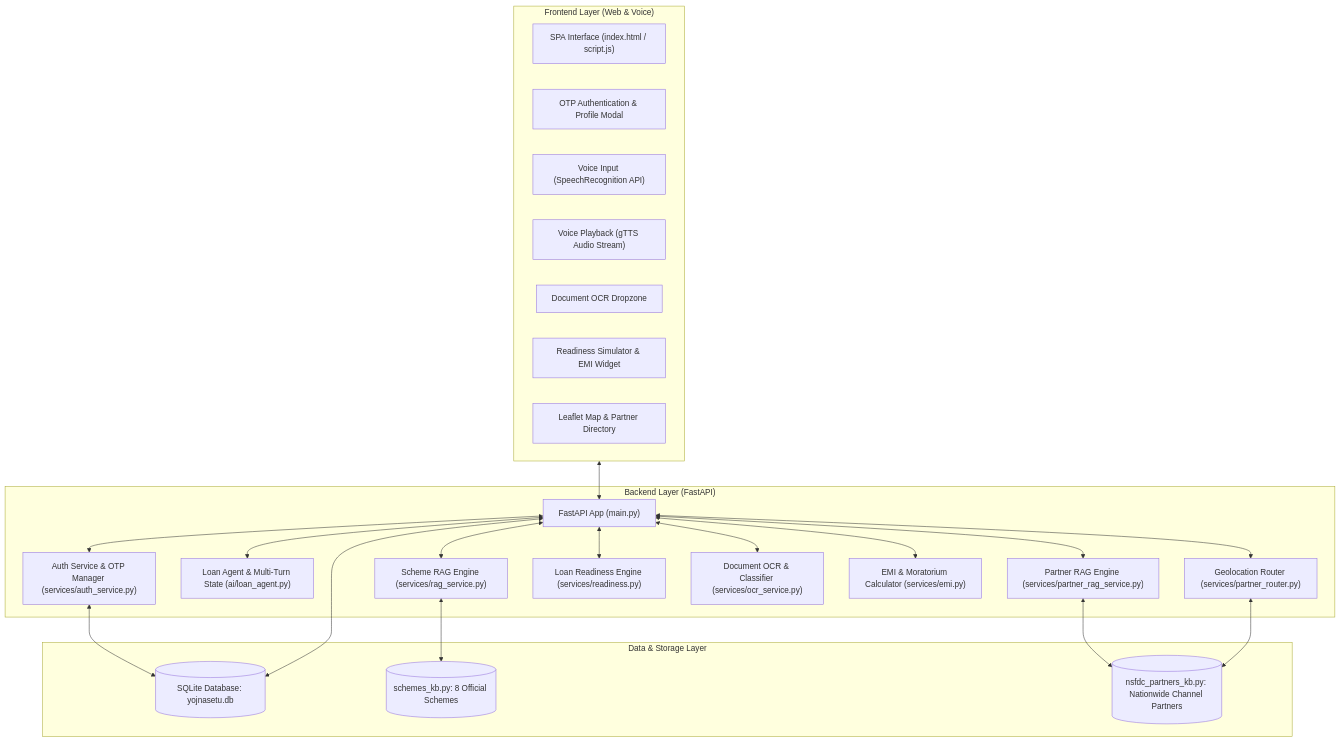
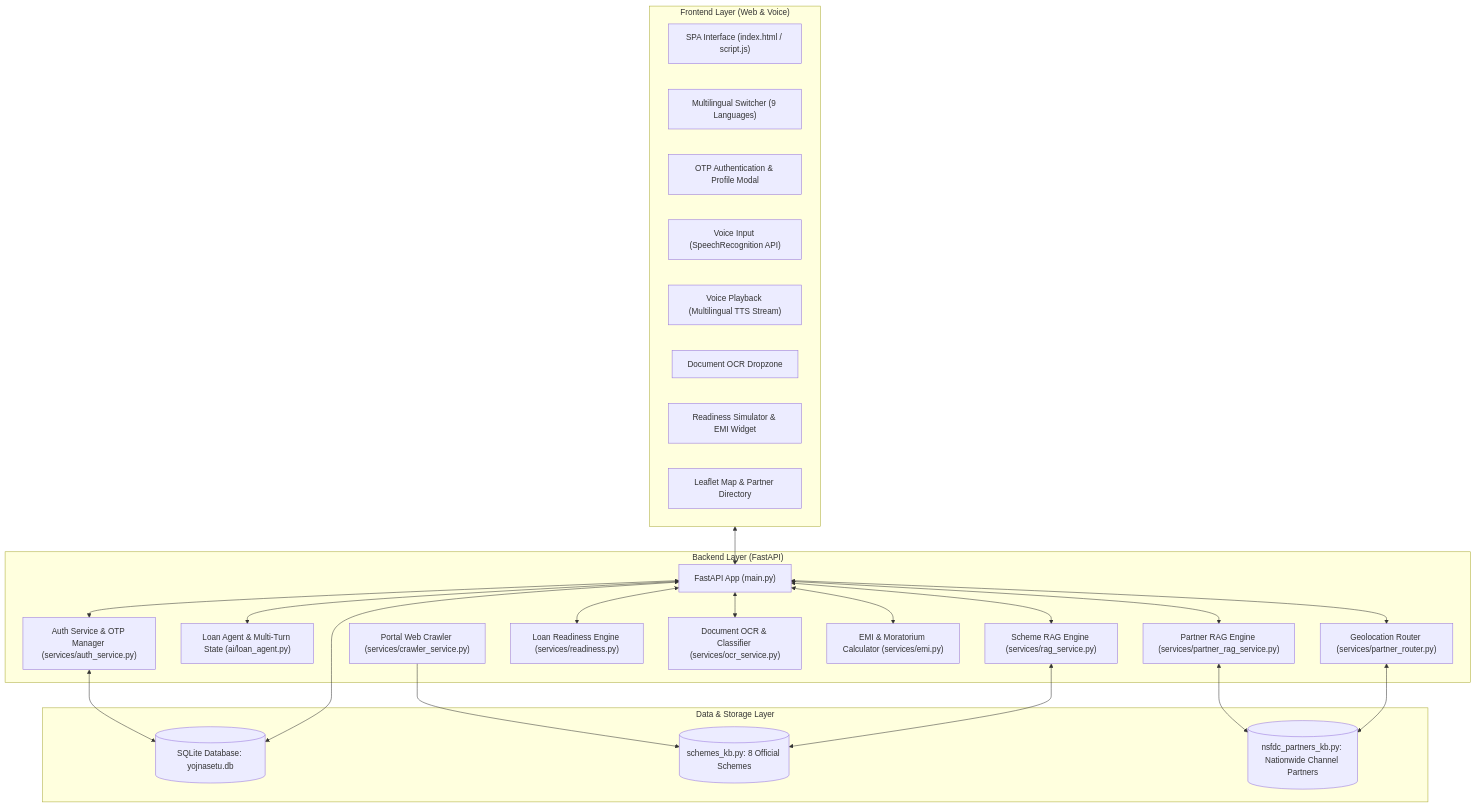
The diagram in README.md (goelmanan-hub/SC-Loan-Platform), drawn with Mermaid before and after one commit. The commit also changed other lines of this file and 14 other files, not shown here.

Commit message:
feat: multilingual voice support in 9 Indian languages, live portal crawler, enhanced channel partner RAG, document OCR, and updated README

````diff
--- a/README.md
+++ b/README.md
@@ -68,46 +82,49 @@
 ```mermaid
 flowchart TD
     subgraph Client ["Frontend Layer (Web & Voice)"]
         UI["SPA Interface (index.html / script.js)"]
+        LangPicker["Multilingual Switcher (9 Languages)"]
         AuthModal["OTP Authentication & Profile Modal"]
         Mic["Voice Input (SpeechRecognition API)"]
-        Audio["Voice Playback (gTTS Audio Stream)"]
+        Audio["Voice Playback (Multilingual TTS Stream)"]
         Dropzone["Document OCR Dropzone"]
         Sim["Readiness Simulator & EMI Widget"]
         Map["Leaflet Map & Partner Directory"]
     end
 
     subgraph Server ["Backend Layer (FastAPI)"]
         API["FastAPI App (main.py)"]
         Auth["Auth Service & OTP Manager (services/auth_service.py)"]
         Agent["Loan Agent & Multi-Turn State (ai/loan_agent.py)"]
         SchemeRAG["Scheme RAG Engine (services/rag_service.py)"]
         PartnerRAG["Partner RAG Engine (services/partner_rag_service.py)"]
         Readiness["Loan Readiness Engine (services/readiness.py)"]
         OCR["Document OCR & Classifier (services/ocr_service.py)"]
         EMI["EMI & Moratorium Calculator (services/emi.py)"]
         PartnerRouter["Geolocation Router (services/partner_router.py)"]
+        Crawler["Portal Web Crawler (services/crawler_service.py)"]
     end
 
     subgraph Persistence ["Data & Storage Layer"]
         DB[(SQLite Database: yojnasetu.db)]
         SchemesKB[("schemes_kb.py: 8 Official Schemes")]
         PartnersKB[("nsfdc_partners_kb.py: Nationwide Channel Partners")]
     end
 
     Client <--> API
     API <--> Auth
     API <--> Agent
     API <--> SchemeRAG
     API <--> PartnerRAG
     API <--> Readiness
     API <--> OCR
     API <--> EMI
     API <--> PartnerRouter
+    Crawler --> SchemesKB
 
     Auth <--> DB
     API <--> DB
     SchemeRAG <--> SchemesKB
     PartnerRAG <--> PartnersKB
     PartnerRouter <--> PartnersKB
 ```
````
